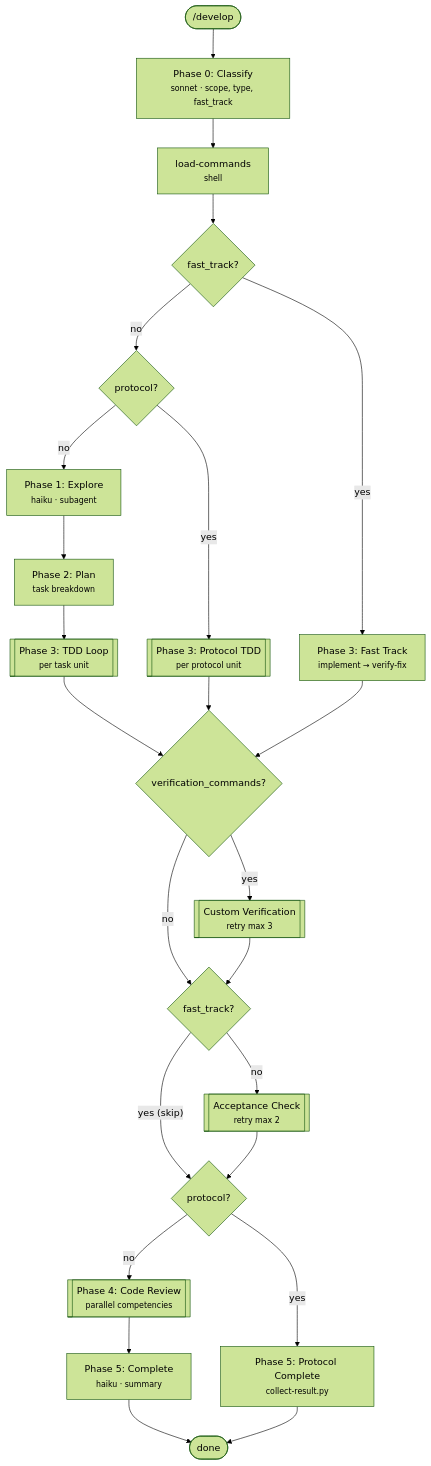
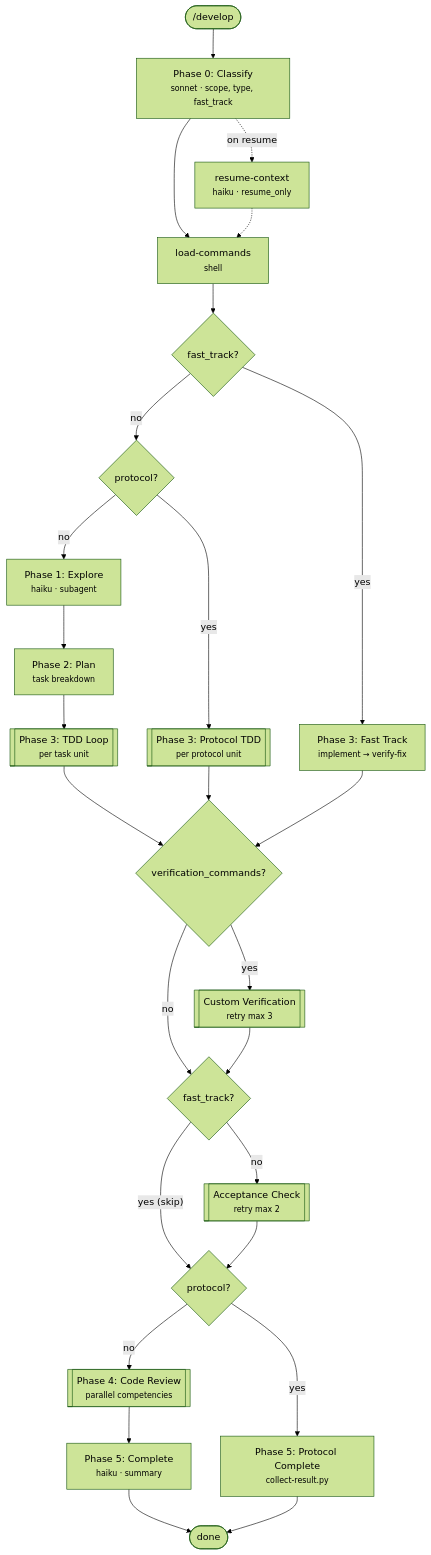
Before and after one commit to mderk/memento: the first of 5 diagrams in memento/static/workflows/develop/DEVELOPMENT_README.md, drawn with Mermaid (forest theme). The commit also changed other lines of this file and 4 other files, not shown here.

First line of the commit message:
feat: add resume-context step to develop workflow

````diff
--- a/memento/static/workflows/develop/DEVELOPMENT_README.md
+++ b/memento/static/workflows/develop/DEVELOPMENT_README.md
@@ -7,36 +7,38 @@
 ```mermaid
 flowchart TD
     start(["/develop"]) --> classify["Phase 0: Classify<br/><small>sonnet · scope, type, fast_track</small>"]
+    classify -.->|"on resume"| resume["resume-context<br/><small>haiku · resume_only</small>"]
     classify --> commands["load-commands<br/><small>shell</small>"]
+    resume -.-> commands
     commands --> route{fast_track?}
 
     route -- "yes" --> ft["Phase 3: Fast Track<br/><small>implement → verify-fix</small>"]
     route -- "no" --> mode{protocol?}
 
     mode -- "no" --> explore["Phase 1: Explore<br/><small>haiku · subagent</small>"]
     explore --> plan["Phase 2: Plan<br/><small>task breakdown</small>"]
     plan --> tdd[["Phase 3: TDD Loop<br/><small>per task unit</small>"]]
 
     mode -- "yes" --> ptdd[["Phase 3: Protocol TDD<br/><small>per protocol unit</small>"]]
 
     tdd --> custom{verification_commands?}
     ptdd --> custom
     ft --> custom
 
     custom -- "yes" --> vc[["Custom Verification<br/><small>retry max 3</small>"]]
     custom -- "no" --> acc_gate
 
     vc --> acc_gate{fast_track?}
 
     acc_gate -- "yes (skip)" --> phase4
     acc_gate -- "no" --> acc[["Acceptance Check<br/><small>retry max 2</small>"]]
     acc --> phase4
 
     phase4{protocol?}
     phase4 -- "no" --> review[["Phase 4: Code Review<br/><small>parallel competencies</small>"]]
     review --> complete["Phase 5: Complete<br/><small>haiku · summary</small>"]
     phase4 -- "yes" --> proto_complete["Phase 5: Protocol Complete<br/><small>collect-result.py</small>"]
 
     complete --> done([done])
     proto_complete --> done
 ```
````
